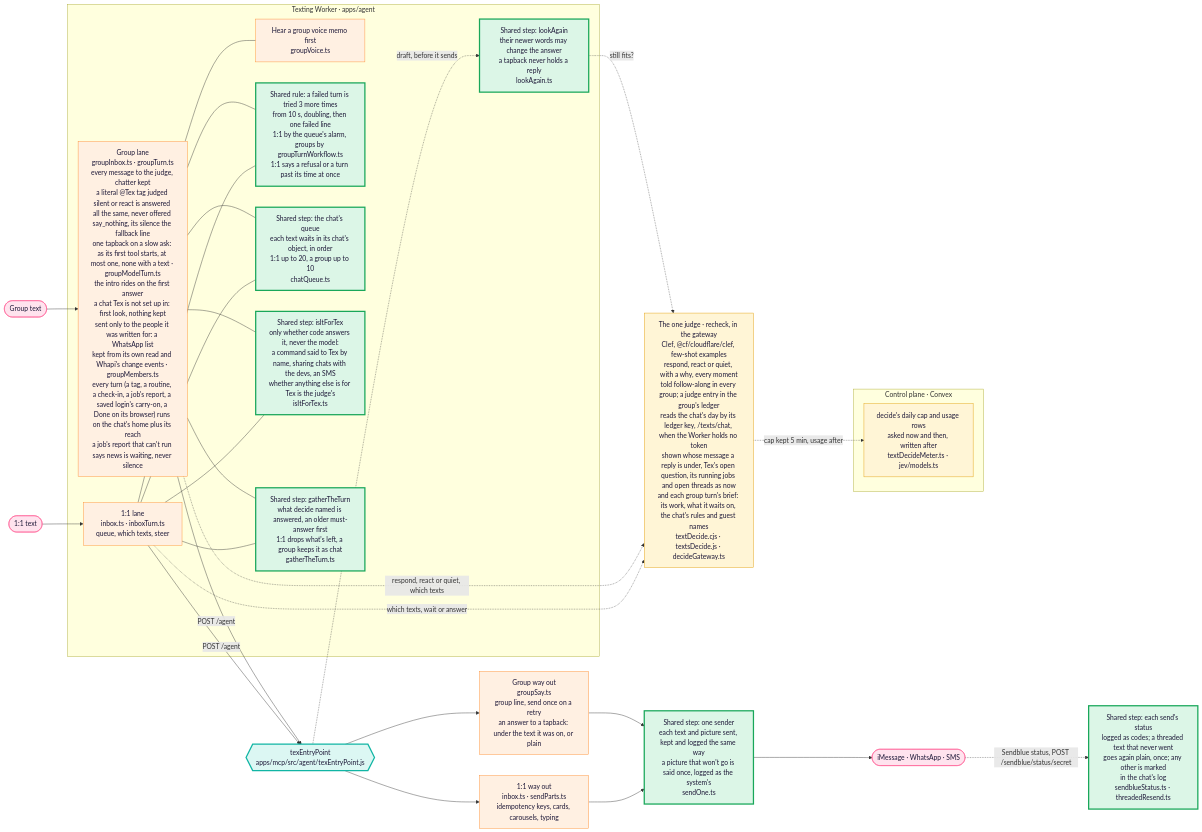
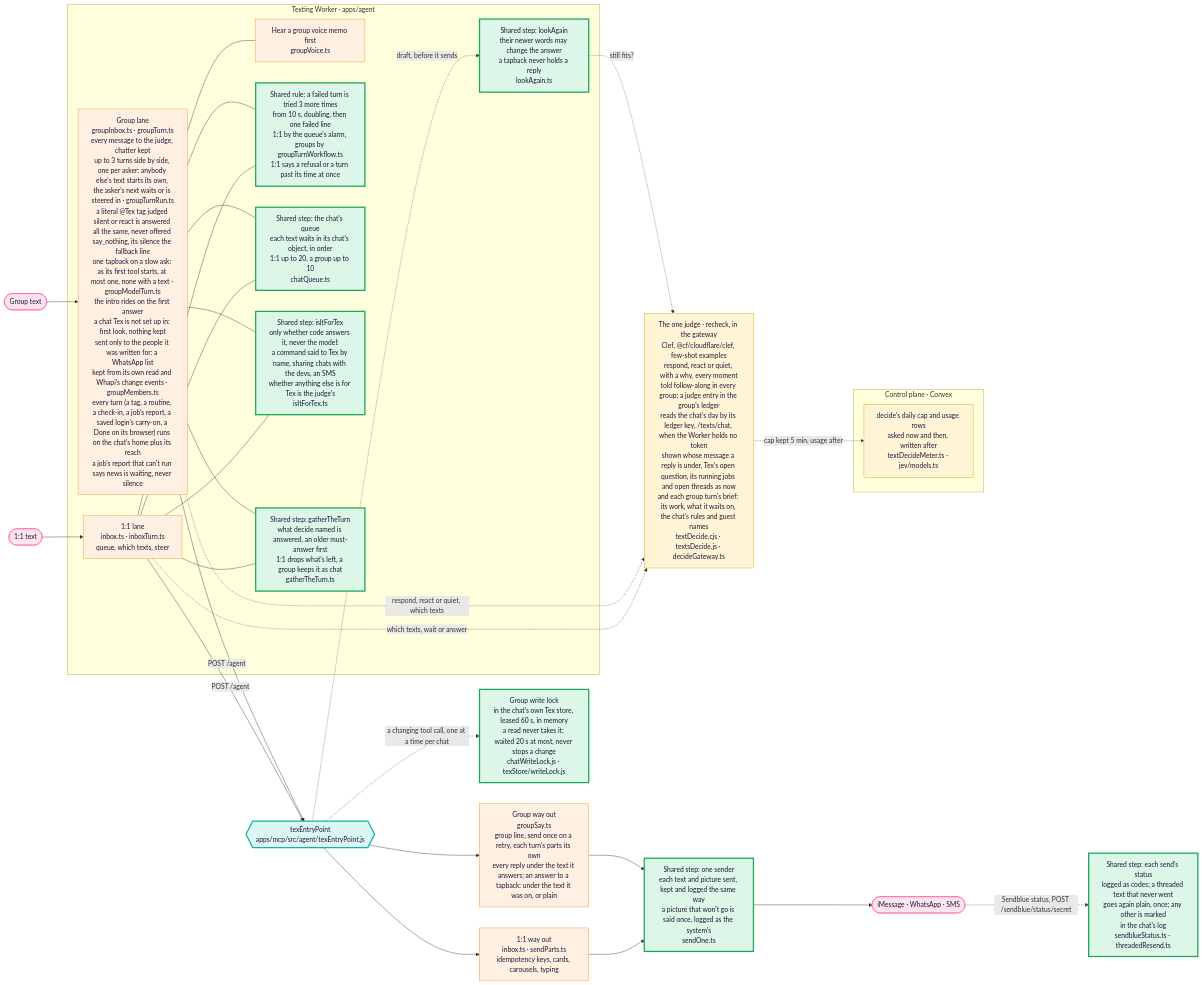
One commit to Supa-Media/context changed the first of 3 diagrams in docs/architecture/tex.md. Above: the diagram before and after it, drawn with Mermaid. The commit also changed other lines of this file and 23 other files, not shown here.

First line of the commit message:
Tex in groups: run turns side by side, one per asker (#3223)

````diff
--- a/docs/architecture/tex.md
+++ b/docs/architecture/tex.md
@@ -22,47 +22,48 @@
 ```mermaid
 flowchart LR
   P1([1:1 text]):::you --> W1
   P2([Group text]):::you --> W2
   subgraph Worker["Texting Worker · apps/agent"]
     W1["1:1 lane<br/>inbox.ts · inboxTurn.ts<br/>queue, which texts, steer"]:::pipe
-    W2["Group lane<br/>groupInbox.ts · groupTurn.ts<br/>every message to the judge, chatter kept<br/>a literal @Tex tag judged silent or react is answered all the same, never offered say_nothing, its silence the fallback line<br/>one tapback on a slow ask: as its first tool starts, at most one, none with a text · groupModelTurn.ts<br/>the intro rides on the first answer<br/>a chat Tex is not set up in: first look, nothing kept<br/>sent only to the people it was written for: a WhatsApp list<br/>kept from its own read and Whapi's change events · groupMembers.ts<br/>every turn (a tag, a routine, a check-in, a job's report, a saved login's carry-on, a Done on its browser) runs on the chat's home plus its reach<br/>a job's report that can't run says news is waiting, never silence"]:::pipe
+    W2["Group lane<br/>groupInbox.ts · groupTurn.ts<br/>every message to the judge, chatter kept<br/>up to 3 turns side by side, one per asker: anybody else's text starts its own, the asker's next waits or is steered in · groupTurnRun.ts<br/>a literal @Tex tag judged silent or react is answered all the same, never offered say_nothing, its silence the fallback line<br/>one tapback on a slow ask: as its first tool starts, at most one, none with a text · groupModelTurn.ts<br/>the intro rides on the first answer<br/>a chat Tex is not set up in: first look, nothing kept<br/>sent only to the people it was written for: a WhatsApp list<br/>kept from its own read and Whapi's change events · groupMembers.ts<br/>every turn (a tag, a routine, a check-in, a job's report, a saved login's carry-on, a Done on its browser) runs on the chat's home plus its reach<br/>a job's report that can't run says news is waiting, never silence"]:::pipe
     H["Hear a group voice memo first<br/>groupVoice.ts"]:::pipe
     W2 --- H
     LA["Shared step: lookAgain<br/>their newer words may change the answer<br/>a tapback never holds a reply<br/>lookAgain.ts"]:::shared
     RT["Shared rule: a failed turn is tried 3 more times<br/>from 10 s, doubling, then one failed line<br/>1:1 by the queue's alarm, groups by groupTurnWorkflow.ts<br/>1:1 says a refusal or a turn past its time at once"]:::shared
     W1 --- RT
     W2 --- RT
     Q["Shared step: the chat's queue<br/>each text waits in its chat's object, in order<br/>1:1 up to 20, a group up to 10<br/>chatQueue.ts"]:::shared
     W1 --- Q
     W2 --- Q
     FT["Shared step: isItForTex<br/>only whether code answers it, never the model:<br/>a command said to Tex by name, sharing chats with the devs, an SMS<br/>whether anything else is for Tex is the judge's<br/>isItForTex.ts"]:::shared
     W1 --- FT
     W2 --- FT
     GT["Shared step: gatherTheTurn<br/>what decide named is answered, an older must-answer first<br/>1:1 drops what's left, a group keeps it as chat<br/>gatherTheTurn.ts"]:::shared
     W1 --- GT
     W2 --- GT
   end
   D["The one judge · recheck, in the gateway<br/>Clef, @cf/cloudflare/clef, few-shot examples<br/>respond, react or quiet, with a why, every moment<br/>told follow-along in every group; a judge entry in the group's ledger<br/>reads the chat's day by its ledger key, /texts/chat, when the Worker holds no token<br/>shown whose message a reply is under, Tex's open question, its running jobs and open threads as now<br/>and each group turn's brief: its work, what it waits on, the chat's rules and guest names<br/>textDecide.cjs · textsDecide.js · decideGateway.ts"]:::judge
   subgraph Control["Control plane · Convex"]
     CAP["decide's daily cap and usage rows<br/>asked now and then, written after<br/>textDecideMeter.ts · jev/models.ts"]:::judge
   end
   D -. cap kept 5 min, usage after .-> CAP
   W1 -. which texts, wait or answer .-> D
   W2 -. respond, react or quiet, which texts .-> D
   E -. draft, before it sends .-> LA
   LA -. still fits? .-> D
   W1 -->|POST /agent| E
   W2 -->|POST /agent| E
   E{{"texEntryPoint<br/>apps/mcp/src/agent/texEntryPoint.js"}}:::door
   E --> S1["1:1 way out<br/>inbox.ts · sendParts.ts<br/>idempotency keys, cards, carousels, typing"]:::pipe
-  E --> S2["Group way out<br/>groupSay.ts<br/>group line, send once on a retry<br/>an answer to a tapback: under the text it was on, or plain"]:::pipe
+  E --> S2["Group way out<br/>groupSay.ts<br/>group line, send once on a retry, each turn's parts its own<br/>every reply under the text it answers; an answer to a tapback: under the text it was on, or plain"]:::pipe
+  E -. "a changing tool call, one at a time per chat" .-> WL["Group write lock<br/>in the chat's own Tex store, leased 60 s, in memory<br/>a read never takes it; waited 20 s at most, never stops a change<br/>chatWriteLock.js · texStore/writeLock.js"]:::shared
   S1 --> SO["Shared step: one sender<br/>each text and picture sent, kept and logged the same way<br/>a picture that won't go is said once, logged as the system's<br/>sendOne.ts"]:::shared
   S2 --> SO
   SO --> Out([iMessage · WhatsApp · SMS]):::you
   Out -. "Sendblue status, POST /sendblue/status/secret" .-> ST["Shared step: each send's status<br/>logged as codes; a threaded text that never went<br/>goes again plain, once; any other is marked<br/>in the chat's log<br/>sendblueStatus.ts · threadedResend.ts"]:::shared
   classDef you fill:#ffe3ee,stroke:#ff4f8b,color:#1d1838
   classDef pipe fill:#fff0e2,stroke:#ff8a2a,color:#1d1838
   classDef door fill:#dcf7f3,stroke:#11b5a4,stroke-width:3px,color:#1d1838
   classDef judge fill:#fff5d6,stroke:#e09a00,color:#1d1838
   classDef shared fill:#dcf6e7,stroke:#19a75a,stroke-width:3px,color:#1d1838
 ```
````
